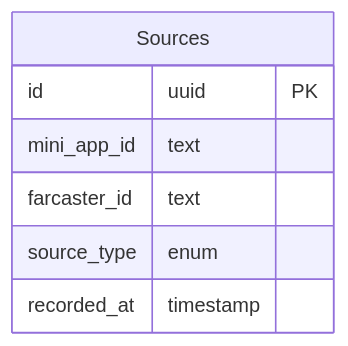
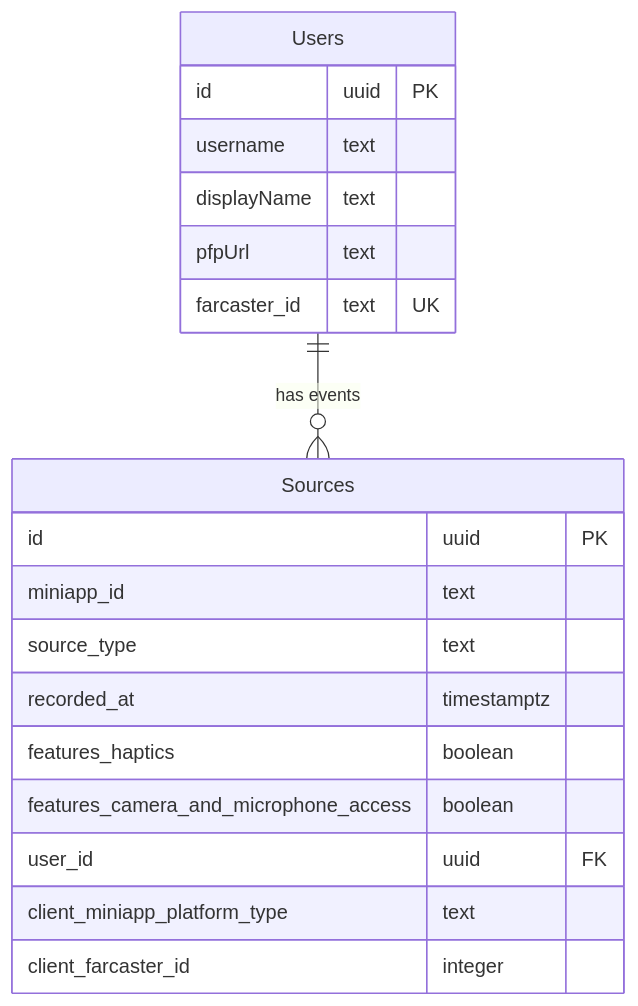
Before and after one commit to dragmakex/lensly: the second of 2 diagrams in docs/engineering.md, drawn with Mermaid. The commit also changed 1 other file, not shown here.

Commit message:
feat(update specs): udpate specs

````diff
--- a/docs/engineering.md
+++ b/docs/engineering.md
@@ -60,12 +60,24 @@
 ```mermaid
     erDiagram
     %% Entities
-    Sources {
-        id uuid PK
-        mini_app_id text
-        farcaster_id text
-        source_type enum
-        recorded_at timestamp
-    }
-    %% Relations
+  Users {
+    id uuid PK
+    username text
+    displayName text
+    pfpUrl text
+    farcaster_id text UK
+  }
+  Sources {
+    id uuid PK
+    miniapp_id text
+    source_type text
+    recorded_at timestamptz
+    features_haptics boolean
+    features_camera_and_microphone_access boolean
+    user_id uuid FK
+    client_miniapp_platform_type text
+    client_farcaster_id integer
+  }
+  %% Relations
+  Users ||--o{ Sources : "has events"
 ```
````
